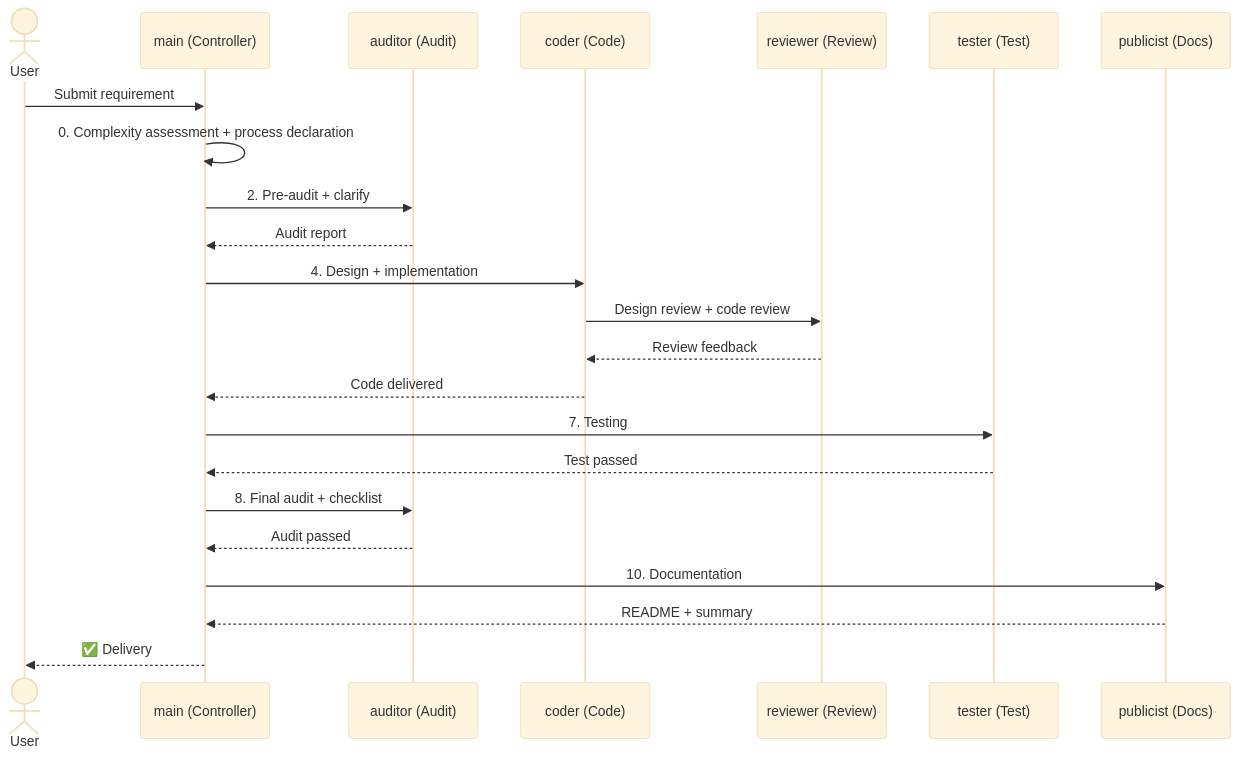
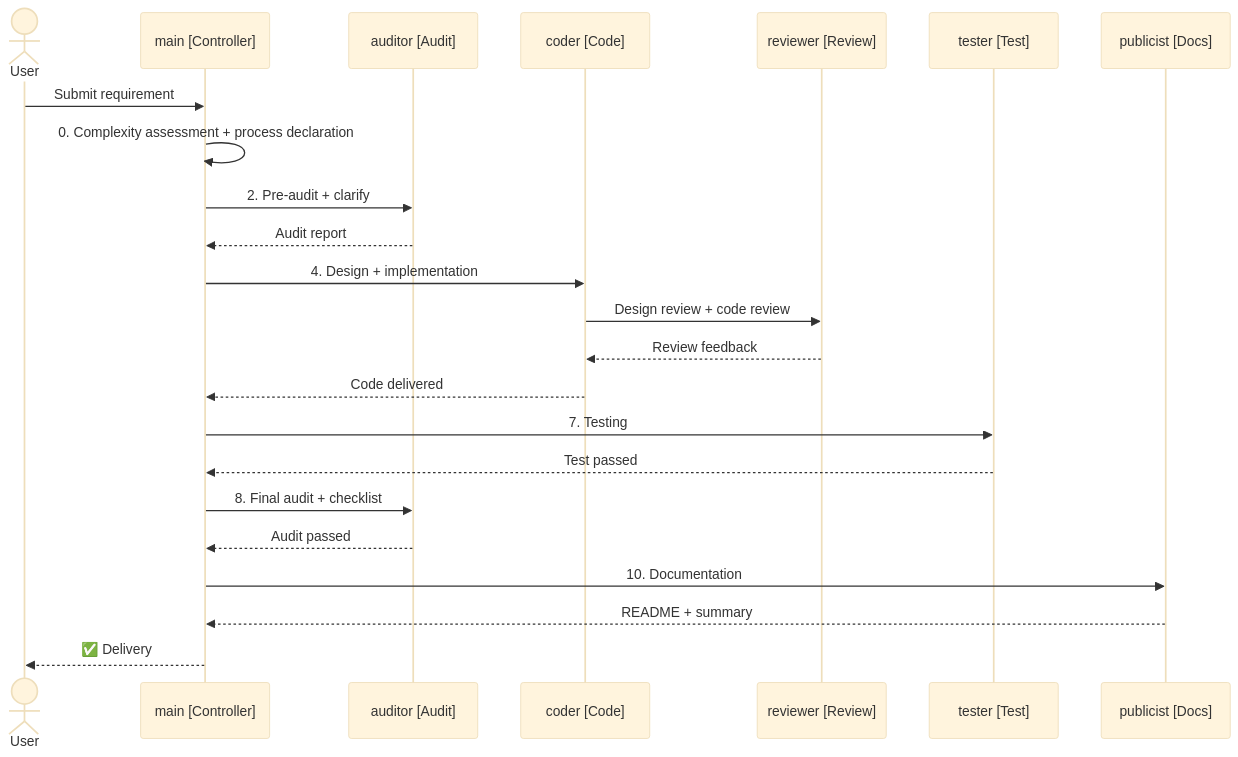
The diagram in README.md (iFeel-is-a-mouse/openclaw-teamdev-flow), drawn with Mermaid (base theme) before and after one commit.

Commit message:
fix: replace Mermaid participant parentheses with brackets for compatibility

````diff
--- a/README.md
+++ b/README.md
@@ -20,32 +20,32 @@
 ```mermaid
 sequenceDiagram
     actor User
-    participant Main as main (Controller)
-    participant Auditor as auditor (Audit)
-    participant Coder as coder (Code)
-    participant Reviewer as reviewer (Review)
-    participant Tester as tester (Test)
-    participant Publicist as publicist (Docs)
+    participant Main as main [Controller]
+    participant Auditor as auditor [Audit]
+    participant Coder as coder [Code]
+    participant Reviewer as reviewer [Review]
+    participant Tester as tester [Test]
+    participant Publicist as publicist [Docs]
 
     User->>Main: Submit requirement
     Main->>Main: 0. Complexity assessment + process declaration
 
     Main->>Auditor: 2. Pre-audit + clarify
     Auditor-->>Main: Audit report
 
     Main->>Coder: 4. Design + implementation
     Coder->>Reviewer: Design review + code review
     Reviewer-->>Coder: Review feedback
     Coder-->>Main: Code delivered
 
     Main->>Tester: 7. Testing
     Tester-->>Main: Test passed
 
     Main->>Auditor: 8. Final audit + checklist
     Auditor-->>Main: Audit passed
 
     Main->>Publicist: 10. Documentation
     Publicist-->>Main: README + summary
 
     Main-->>User: ✅ Delivery
 ```
````
